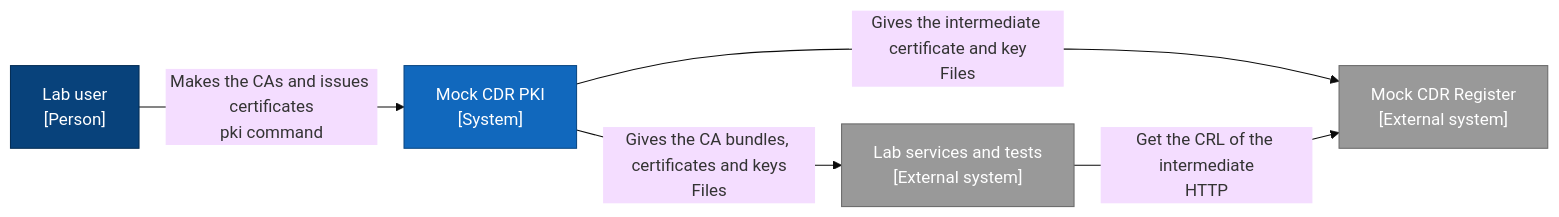
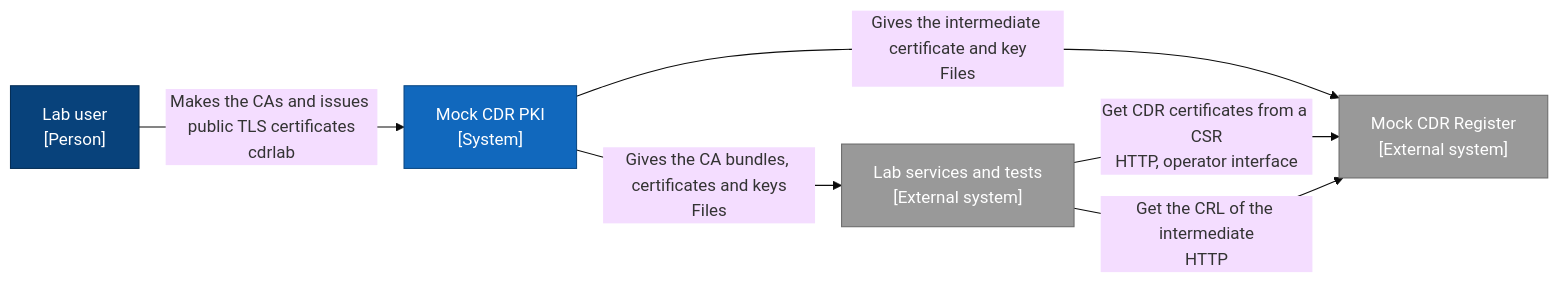
The diagram in pki/DESIGN.md (lukemundy/cdr-lab), drawn with Mermaid (base theme) before and after one commit. The commit also changed other lines of this file and 8 other files, not shown here.

````diff
--- a/pki/DESIGN.md
+++ b/pki/DESIGN.md
@@ -7,19 +7,20 @@
 ```mermaid
 flowchart LR
   labuser["Lab user<br>[Person]"]
   pki["Mock CDR PKI<br>[System]"]
   register["Mock CDR Register<br>[External system]"]
   services["Lab services and tests<br>[External system]"]
 
-  labuser -- "Makes the CAs and issues certificates<br>pki command" --> pki
+  labuser -- "Makes the CAs and issues public TLS certificates<br>cdrlab" --> pki
   pki -- "Gives the intermediate certificate and key<br>Files" --> register
   pki -- "Gives the CA bundles, certificates and keys<br>Files" --> services
+  services -- "Get CDR certificates from a CSR<br>HTTP, operator interface" --> register
   services -- "Get the CRL of the intermediate<br>HTTP" --> register
 
   classDef person fill:#08427b,color:#fff,stroke:#052e56
   classDef system fill:#1168bd,color:#fff,stroke:#0b4884
   classDef external fill:#999,color:#fff,stroke:#6b6b6b
   class labuser person
   class pki system
   class register,services external
 ```
````
